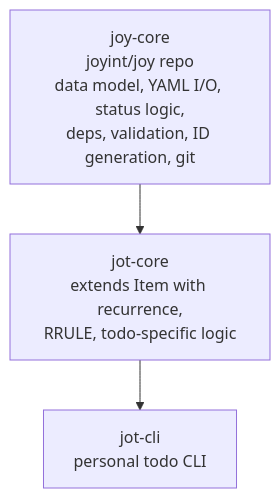
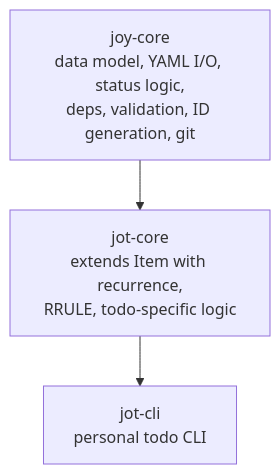
The diagram in docs/dev/Architecture.md (joyint/jyn), drawn with Mermaid before and after one commit. The commit also changed other lines of this file and 40 other files, not shown here.

````diff
--- a/docs/dev/Architecture.md
+++ b/docs/dev/Architecture.md
@@ -28,10 +27,10 @@
 ```mermaid
 graph TD
-    JOYCORE[joy-core<br/>joyint/joy repo<br/>data model, YAML I/O, status logic,<br/>deps, validation, ID generation, git]
+    JOYCORE[joy-core<br/>data model, YAML I/O, status logic,<br/>deps, validation, ID generation, git]
 
     JOTCORE[jot-core<br/>extends Item with recurrence,<br/>RRULE, todo-specific logic]
     JOTCLI[jot-cli<br/>personal todo CLI]
 
     JOYCORE --> JOTCORE
     JOTCORE --> JOTCLI
 ```
````
